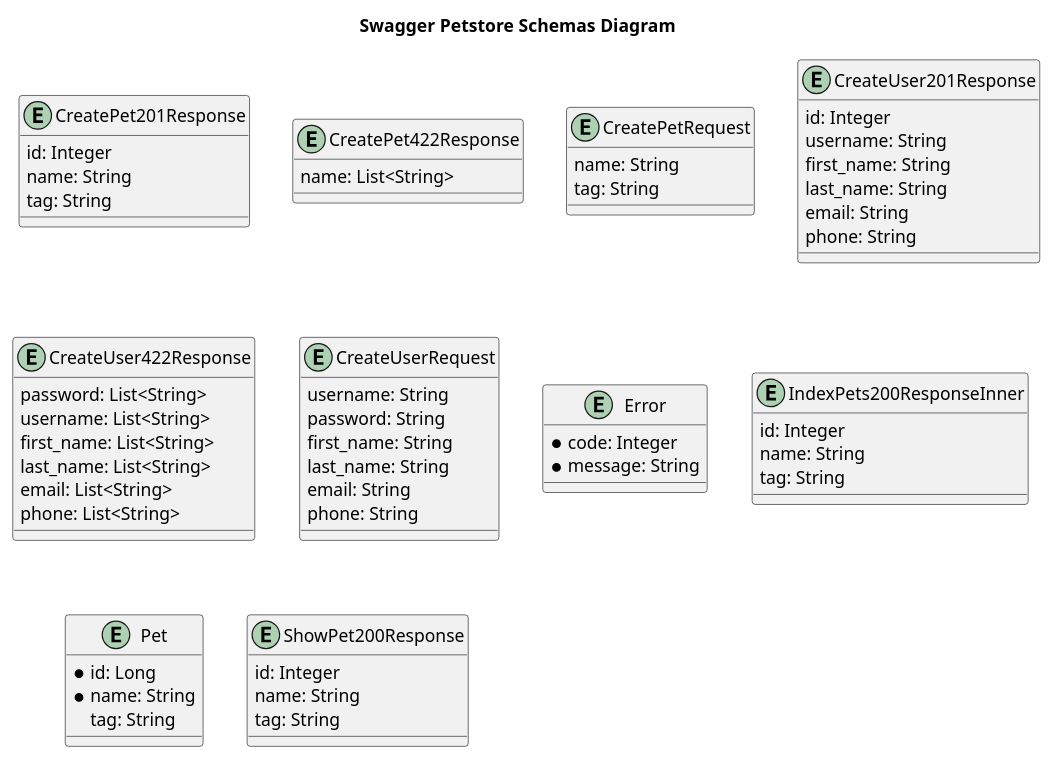
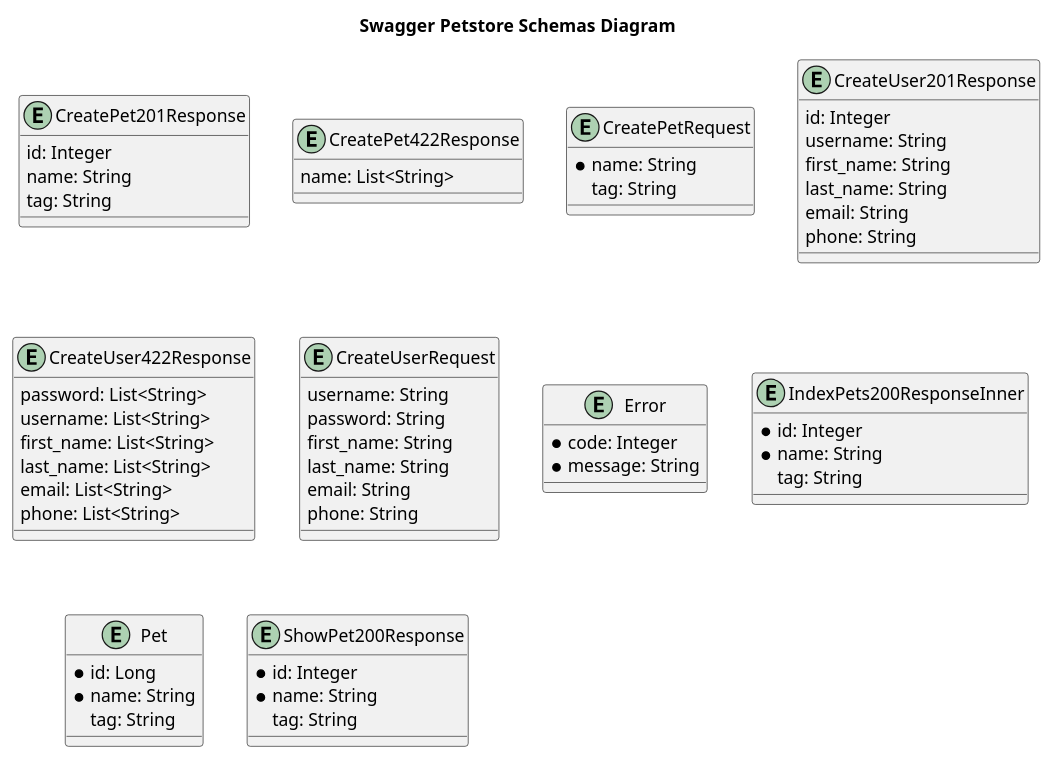
Before and after one commit to katoy/petstore-rails: the diagram in dest/schemas.plantuml, drawn with PlantUML. The commit also changed 6 other files, not shown here.

```diff
--- a/dest/schemas.plantuml
+++ b/dest/schemas.plantuml
@@ -1,72 +1,72 @@
 @startuml
 
 title Swagger Petstore Schemas Diagram
 
 entity CreatePet201Response {
     id: Integer
     name: String
     tag: String
 }
 
 entity CreatePet422Response {
     name: List<String>
 }
 
 entity CreatePetRequest {
-    name: String
+    * name: String
     tag: String
 }
 
 entity CreateUser201Response {
     id: Integer
     username: String
     first_name: String
     last_name: String
     email: String
     phone: String
 }
 
 entity CreateUser422Response {
     password: List<String>
     username: List<String>
     first_name: List<String>
     last_name: List<String>
     email: List<String>
     phone: List<String>
 }
 
 entity CreateUserRequest {
     username: String
     password: String
     first_name: String
     last_name: String
     email: String
     phone: String
 }
 
 entity Error {
     * code: Integer
     * message: String
 }
 
 entity IndexPets200ResponseInner {
-    id: Integer
-    name: String
+    * id: Integer
+    * name: String
     tag: String
 }
 
 entity Pet {
     * id: Long
     * name: String
     tag: String
 }
 
 entity ShowPet200Response {
-    id: Integer
-    name: String
+    * id: Integer
+    * name: String
     tag: String
 }
 
 
 
 @enduml
```
